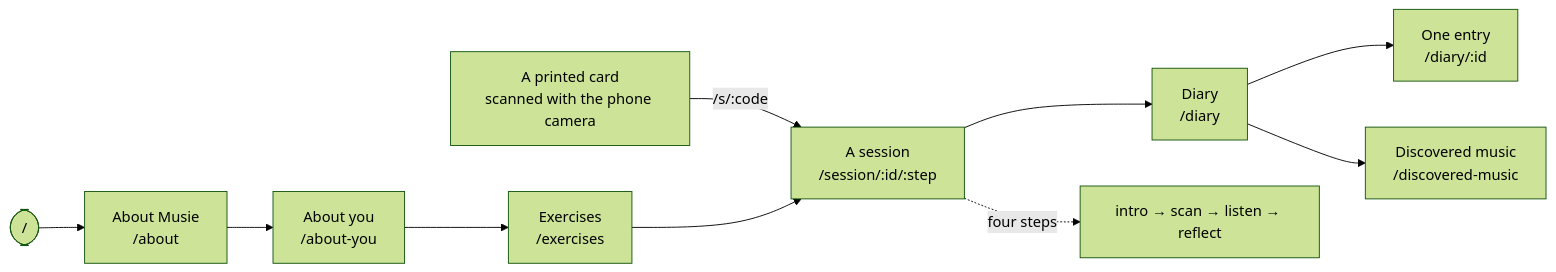
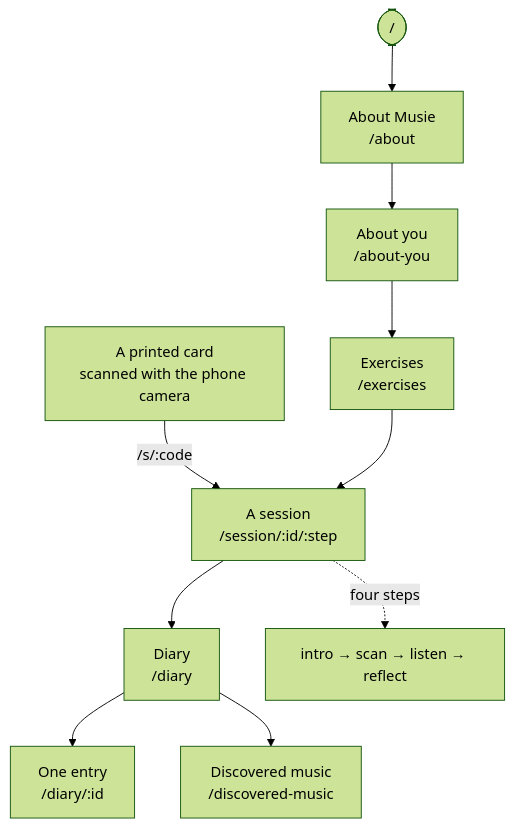
The diagram in apps/docs/product/journey.md (product-ben/musie), drawn with Mermaid (forest theme) before and after one commit. The commit also changed 4 other files, not shown here.

First line of the commit message:
Fit to width, and make the two diagrams that could not fit smaller

````diff
--- a/apps/docs/product/journey.md
+++ b/apps/docs/product/journey.md
@@ -5,12 +5,12 @@
 ```mermaid
-flowchart LR
+flowchart TB
   QR["A printed card<br/>scanned with the phone camera"] -->|"/s/:code"| S
   R(["/"]) --> A["About Musie<br/>/about"]
   A --> AY["About you<br/>/about-you"]
   AY --> E["Exercises<br/>/exercises"]
   E --> S["A session<br/>/session/:id/:step"]
   S --> D["Diary<br/>/diary"]
   D --> DE["One entry<br/>/diary/:id"]
   D --> DM["Discovered music<br/>/discovered-music"]
   S -.->|"four steps"| ST["intro → scan → listen → reflect"]
 ```
````
